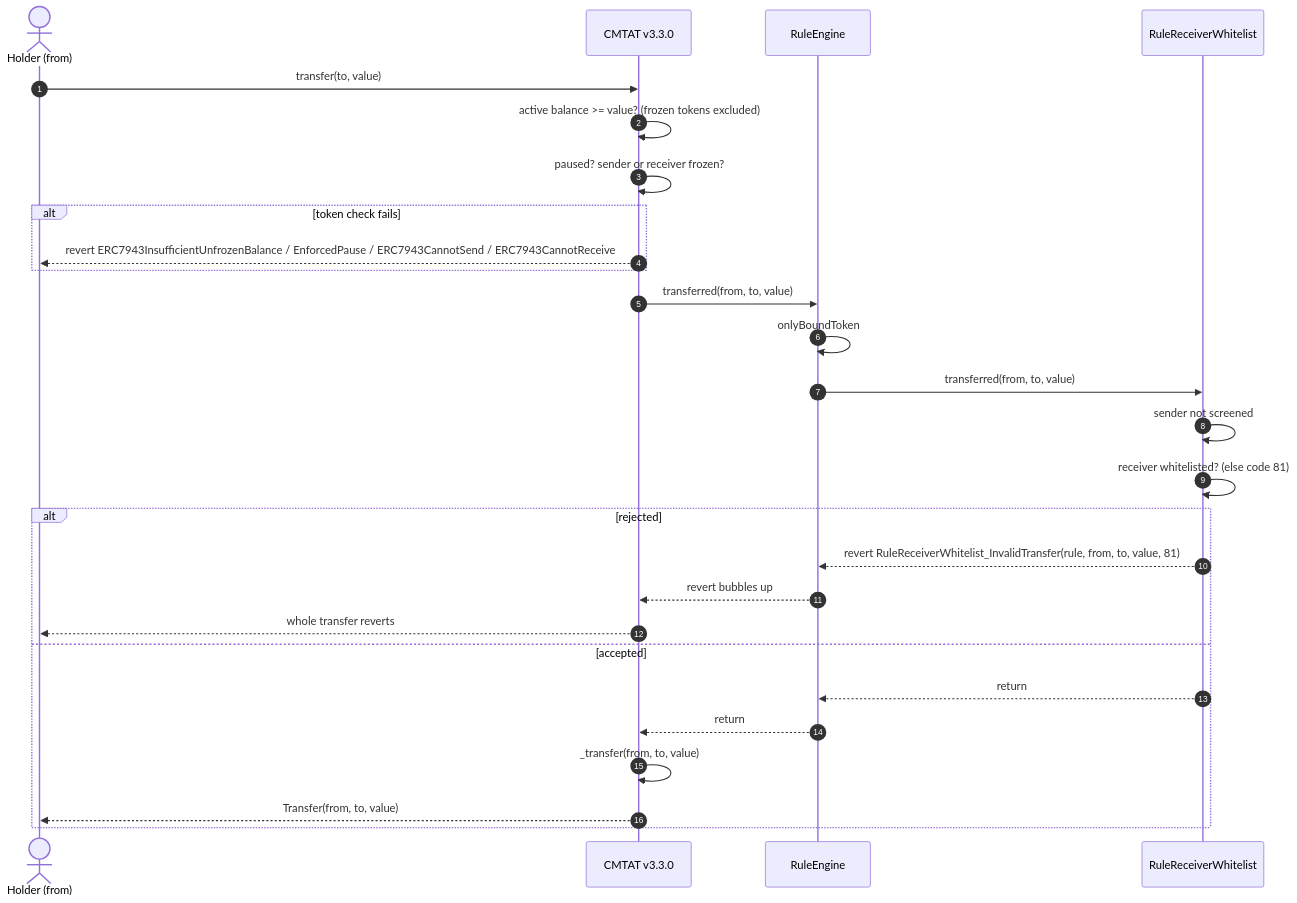
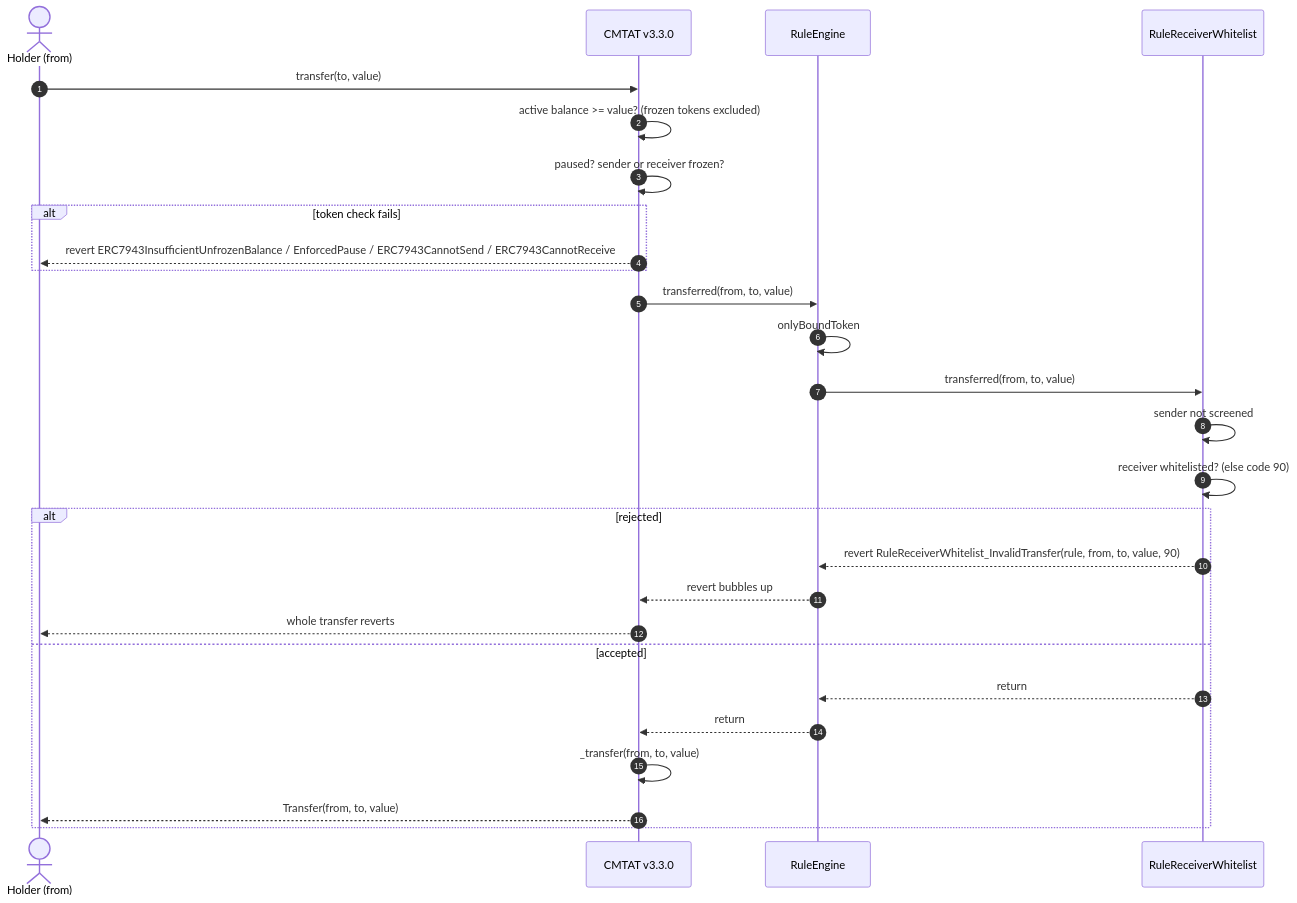
One commit to CMTA/Rules changed the ninth of 11 diagrams in doc/technical/guides/DEPLOY_RULE_RECEIVER_WHITELIST_CMTAT_V3.3.0.md. Above: the diagram before and after it, drawn with Mermaid. The commit also changed other lines of this file and 280 other files, not shown here.

Commit message:
refactor: renumber RuleReceiverWhitelist (81 → 90) and RuleMaxBalance (82/83 → 80/81) so each rule keeps reserved restriction codes

````diff
--- a/doc/technical/guides/DEPLOY_RULE_RECEIVER_WHITELIST_CMTAT_V3.3.0.md
+++ b/doc/technical/guides/DEPLOY_RULE_RECEIVER_WHITELIST_CMTAT_V3.3.0.md
@@ -334,30 +334,30 @@
 ```mermaid
 sequenceDiagram
     autonumber
     actor Holder as Holder (from)
     participant Token as CMTAT v3.3.0
     participant Engine as RuleEngine
     participant Rule as RuleReceiverWhitelist
 
     Holder->>Token: transfer(to, value)
     Token->>Token: active balance >= value? (frozen tokens excluded)
     Token->>Token: paused? sender or receiver frozen?
     alt token check fails
         Token-->>Holder: revert ERC7943InsufficientUnfrozenBalance / EnforcedPause / ERC7943CannotSend / ERC7943CannotReceive
     end
     Token->>Engine: transferred(from, to, value)
     Engine->>Engine: onlyBoundToken
     Engine->>Rule: transferred(from, to, value)
     Rule->>Rule: sender not screened
-    Rule->>Rule: receiver whitelisted? (else code 81)
+    Rule->>Rule: receiver whitelisted? (else code 90)
     alt rejected
-        Rule-->>Engine: revert RuleReceiverWhitelist_InvalidTransfer(rule, from, to, value, 81)
+        Rule-->>Engine: revert RuleReceiverWhitelist_InvalidTransfer(rule, from, to, value, 90)
         Engine-->>Token: revert bubbles up
         Token-->>Holder: whole transfer reverts
     else accepted
         Rule-->>Engine: return
         Engine-->>Token: return
         Token->>Token: _transfer(from, to, value)
         Token-->>Holder: Transfer(from, to, value)
     end
 ```
````
